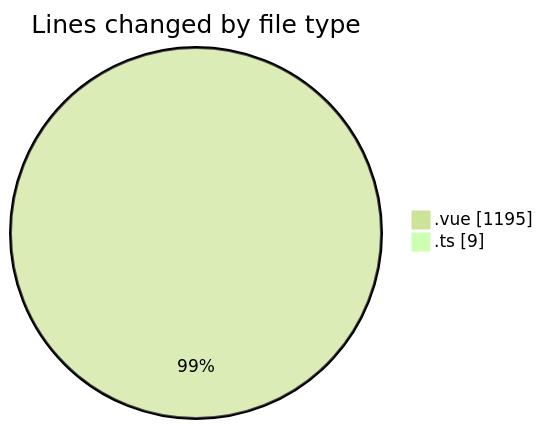
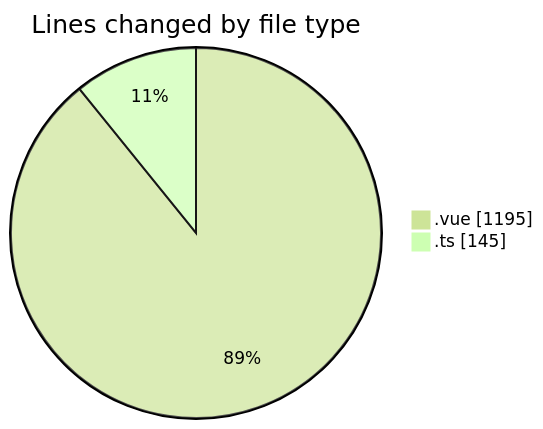
Before and after one commit to robertbonfada/code-tracking: the first of 2 diagrams in 2025-03-17/lumine-web/README.md, drawn with Mermaid (forest theme). The commit also changed other lines of this file and 1 other file, not shown here.

````diff
--- a/2025-03-17/lumine-web/README.md
+++ b/2025-03-17/lumine-web/README.md
@@ -26,6 +27,6 @@
 ```mermaid
 pie showData
 title Lines changed by file type
 ".vue" : 1195
-".ts" : 9
+".ts" : 145
 ```
````
